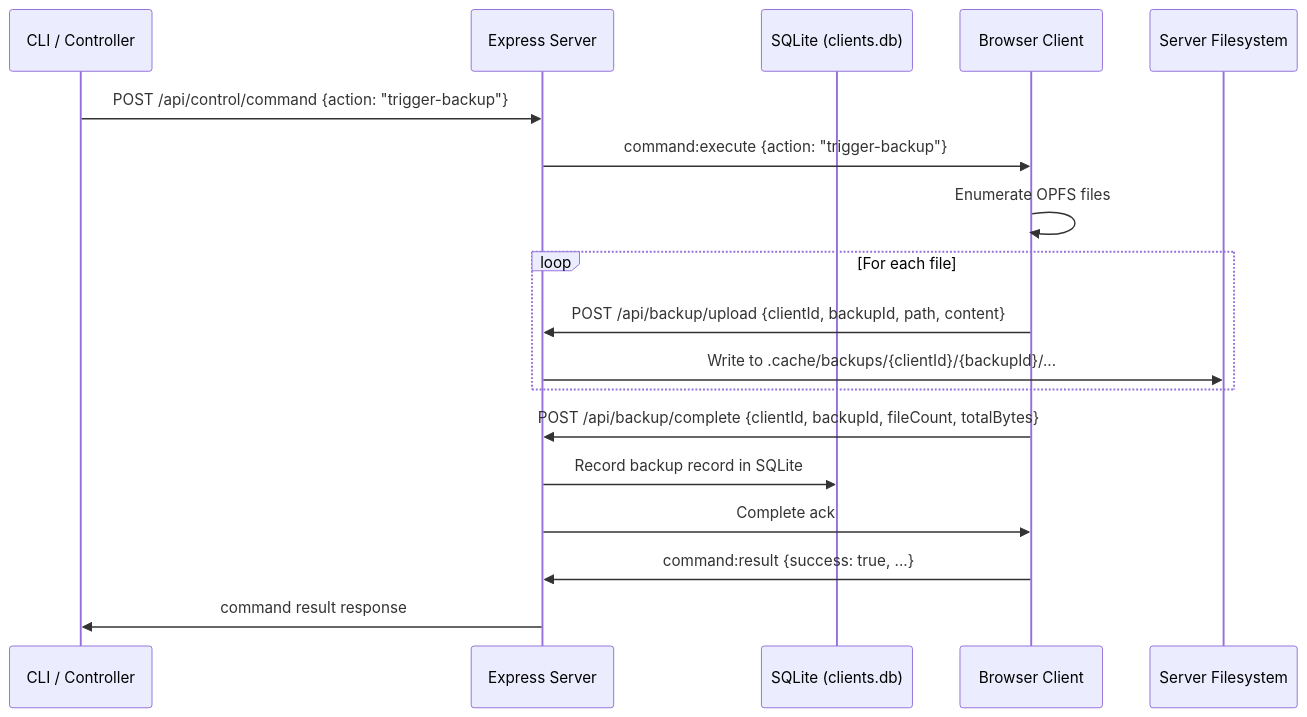
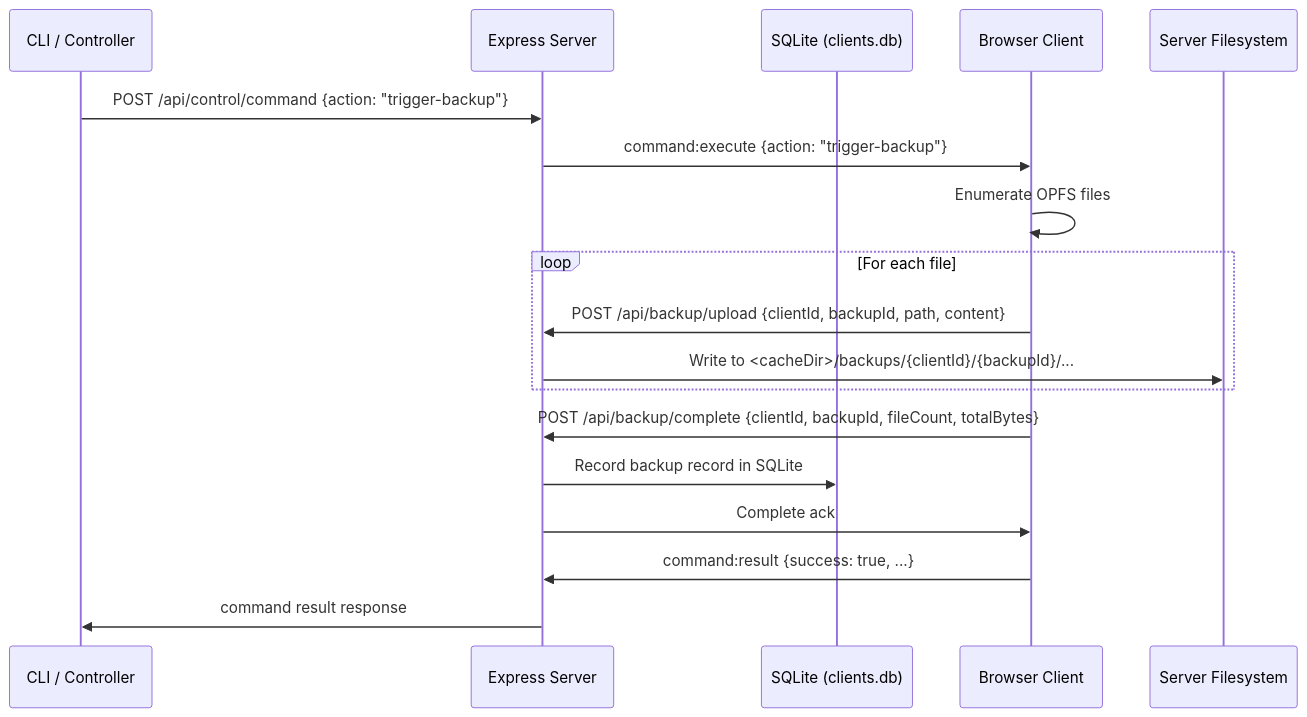
The diagram in docs/subsystems/backup.md (xt-ml/shadow-claw), drawn with Mermaid before and after one commit. The commit also changed other lines of this file and 61 other files, not shown here.

````diff
--- a/docs/subsystems/backup.md
+++ b/docs/subsystems/backup.md
@@ -17,21 +17,21 @@
 ```mermaid
 sequenceDiagram
     participant CLI as CLI / Controller
     participant Server as Express Server
     participant DB as SQLite (clients.db)
     participant Client as Browser Client
     participant FS as Server Filesystem
 
     CLI->>Server: POST /api/control/command {action: "trigger-backup"}
     Server->>Client: command:execute {action: "trigger-backup"}
     Client->>Client: Enumerate OPFS files
     loop For each file
         Client->>Server: POST /api/backup/upload {clientId, backupId, path, content}
-        Server->>FS: Write to .cache/backups/{clientId}/{backupId}/...
+        Server->>FS: Write to <cacheDir>/backups/{clientId}/{backupId}/...
     end
     Client->>Server: POST /api/backup/complete {clientId, backupId, fileCount, totalBytes}
     Server->>DB: Record backup record in SQLite
     Server->>Client: Complete ack
     Client->>Server: command:result {success: true, ...}
     Server->>CLI: command result response
 ```
````
